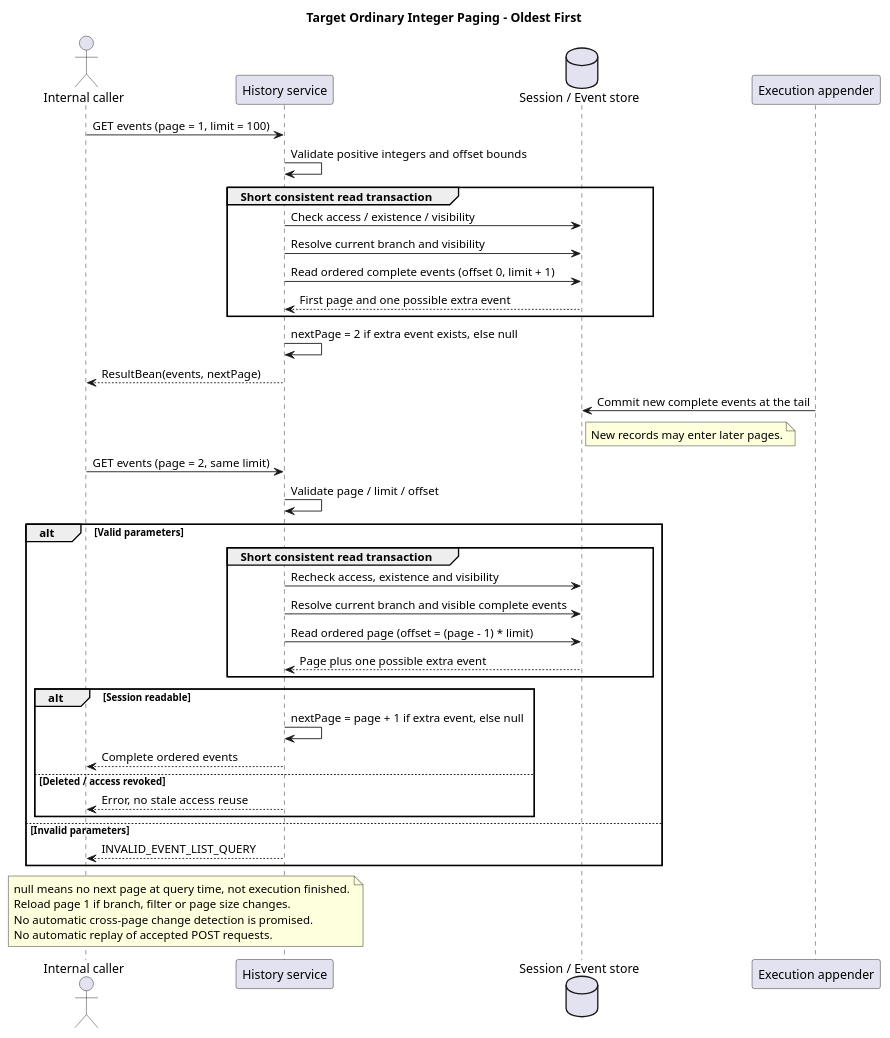
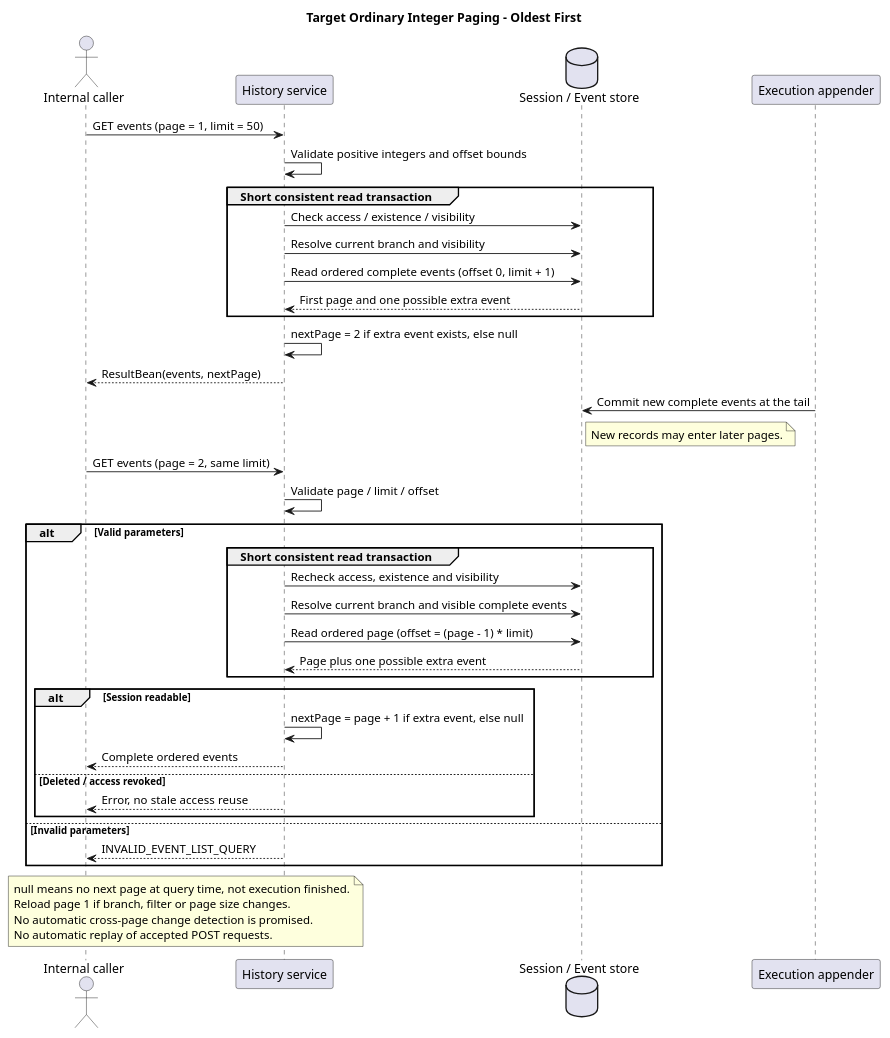
The second of 2 diagrams in 01-总体架构/01-CampusClaw多Agent运行时/设计图/事件历史查询/diagram.puml (ssm0808/pi-mono-java-design), drawn with PlantUML before and after one commit. The commit also changed 10 other files, not shown here.

```diff
--- a/01-总体架构/01-CampusClaw多Agent运行时/设计图/事件历史查询/diagram.puml
+++ b/01-总体架构/01-CampusClaw多Agent运行时/设计图/事件历史查询/diagram.puml
@@ -56,49 +56,49 @@
 @startuml target_event_history_paging
 title Target Ordinary Integer Paging - Oldest First
 ' Source baseline: pi-mono-java dfb90cac4e233e09a0b8f047f7e9f4682f5ad238
 ' Source: campusclaw/src/main/resources/mapper/session/RuntimeSessionMapper.xml, listCurrentBranch.
 ' Source: campusclaw/src/main/java/com/huawei/hicampus/claw/codingagent/runtimeapi/event/RuntimeEventQueryService.java, list/pageOf.
 ' Observed behavior: each current query resolves active_leaf_id again.
 ' Design reason: user approved ordinary pages without cross-request snapshots.
-' Target-only architecture; page size, response metadata and errors remain candidates.
+' Target-only: default 50, max 200, events/nextPage confirmed; empty-page errors pending.
 actor "Internal caller" as C
 participant "History service" as Q
 database "Session / Event store" as D
 participant "Execution appender" as A
-C -> Q : GET events (page = 1, limit = 100)
+C -> Q : GET events (page = 1, limit = 50)
 Q -> Q : Validate positive integers and offset bounds
 group Short consistent read transaction
   Q -> D : Check access / existence / visibility
   Q -> D : Resolve current branch and visibility
   Q -> D : Read ordered complete events (offset 0, limit + 1)
   D --> Q : First page and one possible extra event
 end
 Q -> Q : nextPage = 2 if extra event exists, else null
 Q --> C : ResultBean(events, nextPage)
 A -> D : Commit new complete events at the tail
 note right of D : New records may enter later pages.
 C -> Q : GET events (page = 2, same limit)
 Q -> Q : Validate page / limit / offset
 alt Valid parameters
   group Short consistent read transaction
     Q -> D : Recheck access, existence and visibility
     Q -> D : Resolve current branch and visible complete events
     Q -> D : Read ordered page (offset = (page - 1) * limit)
     D --> Q : Page plus one possible extra event
   end
   alt Session readable
     Q -> Q : nextPage = page + 1 if extra event, else null
     Q --> C : Complete ordered events
   else Deleted / access revoked
     Q --> C : Error, no stale access reuse
   end
 else Invalid parameters
   Q --> C : INVALID_EVENT_LIST_QUERY
 end
 note over C,Q
   null means no next page at query time, not execution finished.
   Reload page 1 if branch, filter or page size changes.
   No automatic cross-page change detection is promised.
   No automatic replay of accepted POST requests.
 end note
 @enduml
```
